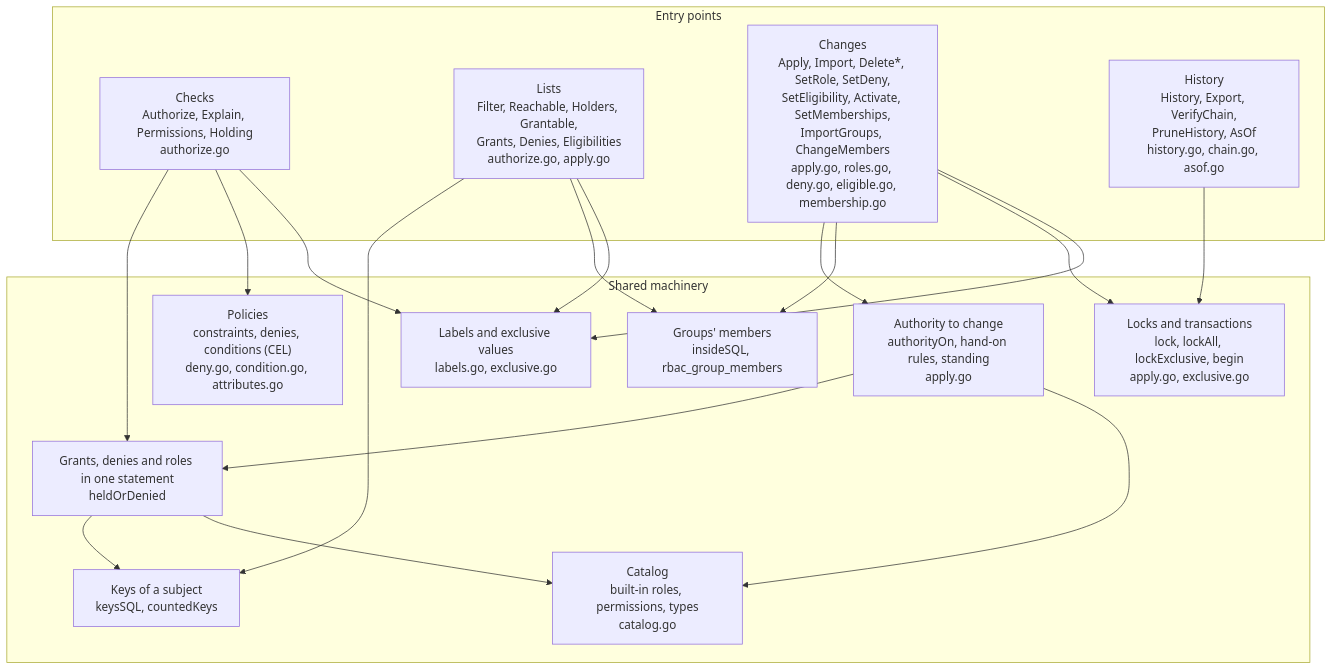
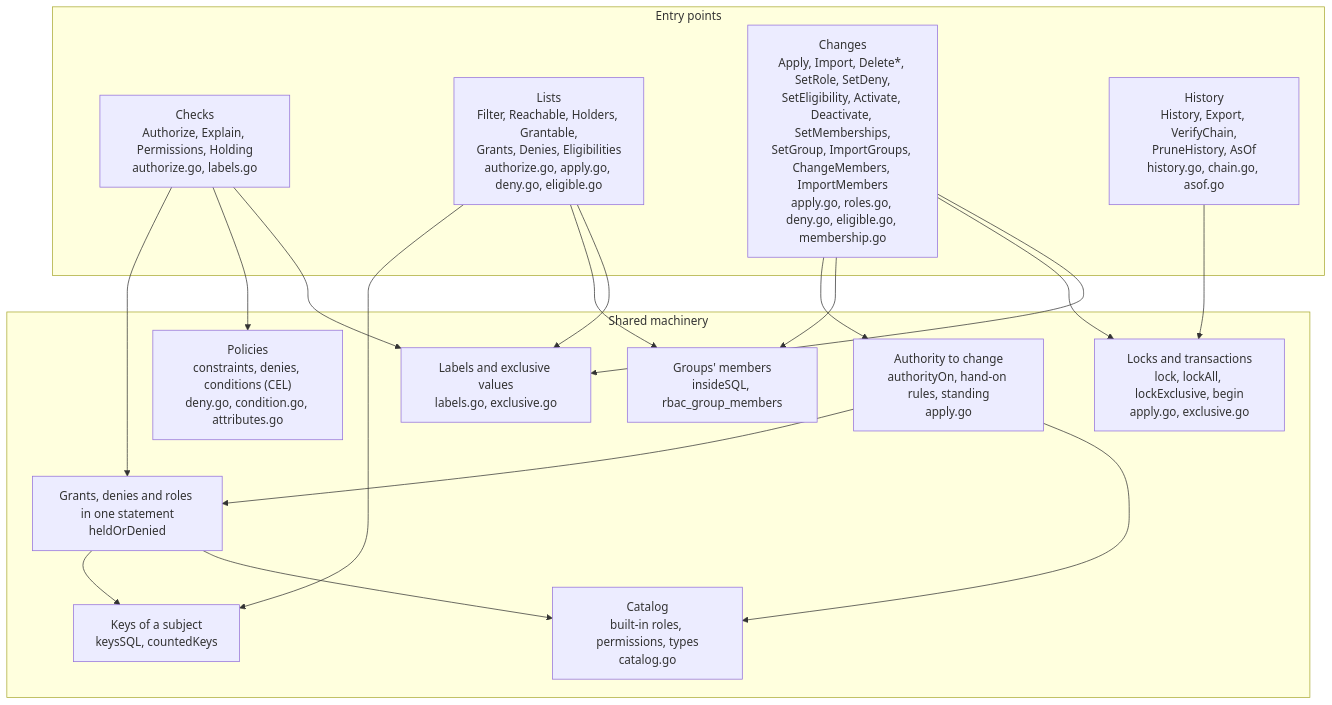
The second of 13 diagrams in docs/architecture.md (parallelworks/rbac), drawn with Mermaid before and after one commit. The commit also changed other lines of this file, not shown here.

````diff
--- a/docs/architecture.md
+++ b/docs/architecture.md
@@ -70,32 +74,32 @@
 ```mermaid
 flowchart TB
     subgraph entry["Entry points"]
-        checks["Checks<br/>Authorize, Explain, Permissions, Holding<br/>authorize.go"]
-        lists["Lists<br/>Filter, Reachable, Holders, Grantable,<br/>Grants, Denies, Eligibilities<br/>authorize.go, apply.go"]
-        changes["Changes<br/>Apply, Import, Delete*, SetRole, SetDeny,<br/>SetEligibility, Activate, SetMemberships,<br/>ImportGroups, ChangeMembers<br/>apply.go, roles.go, deny.go, eligible.go, membership.go"]
+        checks["Checks<br/>Authorize, Explain, Permissions, Holding<br/>authorize.go, labels.go"]
+        lists["Lists<br/>Filter, Reachable, Holders, Grantable,<br/>Grants, Denies, Eligibilities<br/>authorize.go, apply.go, deny.go, eligible.go"]
+        changes["Changes<br/>Apply, Import, Delete*, SetRole, SetDeny,<br/>SetEligibility, Activate, Deactivate, SetMemberships,<br/>SetGroup, ImportGroups, ChangeMembers, ImportMembers<br/>apply.go, roles.go, deny.go, eligible.go, membership.go"]
         audit["History<br/>History, Export, VerifyChain,<br/>PruneHistory, AsOf<br/>history.go, chain.go, asof.go"]
     end
     subgraph core["Shared machinery"]
         keys["Keys of a subject<br/>keysSQL, countedKeys"]
         expand["Groups' members<br/>insideSQL, rbac_group_members"]
         held["Grants, denies and roles in one statement<br/>heldOrDenied"]
         policy["Policies<br/>constraints, denies, conditions (CEL)<br/>deny.go, condition.go, attributes.go"]
         labels["Labels and exclusive values<br/>labels.go, exclusive.go"]
         authority["Authority to change<br/>authorityOn, hand-on rules, standing<br/>apply.go"]
         catalog["Catalog<br/>built-in roles, permissions, types<br/>catalog.go"]
         locks["Locks and transactions<br/>lock, lockAll, lockExclusive, begin<br/>apply.go, exclusive.go"]
     end
     checks --> held --> keys
     checks --> policy
     checks --> labels
     lists --> keys
     lists --> expand
     lists --> labels
     changes --> authority --> held
     changes --> expand
     changes --> locks
     changes --> labels
     held --> catalog
     authority --> catalog
     audit --> locks
 ```
````
